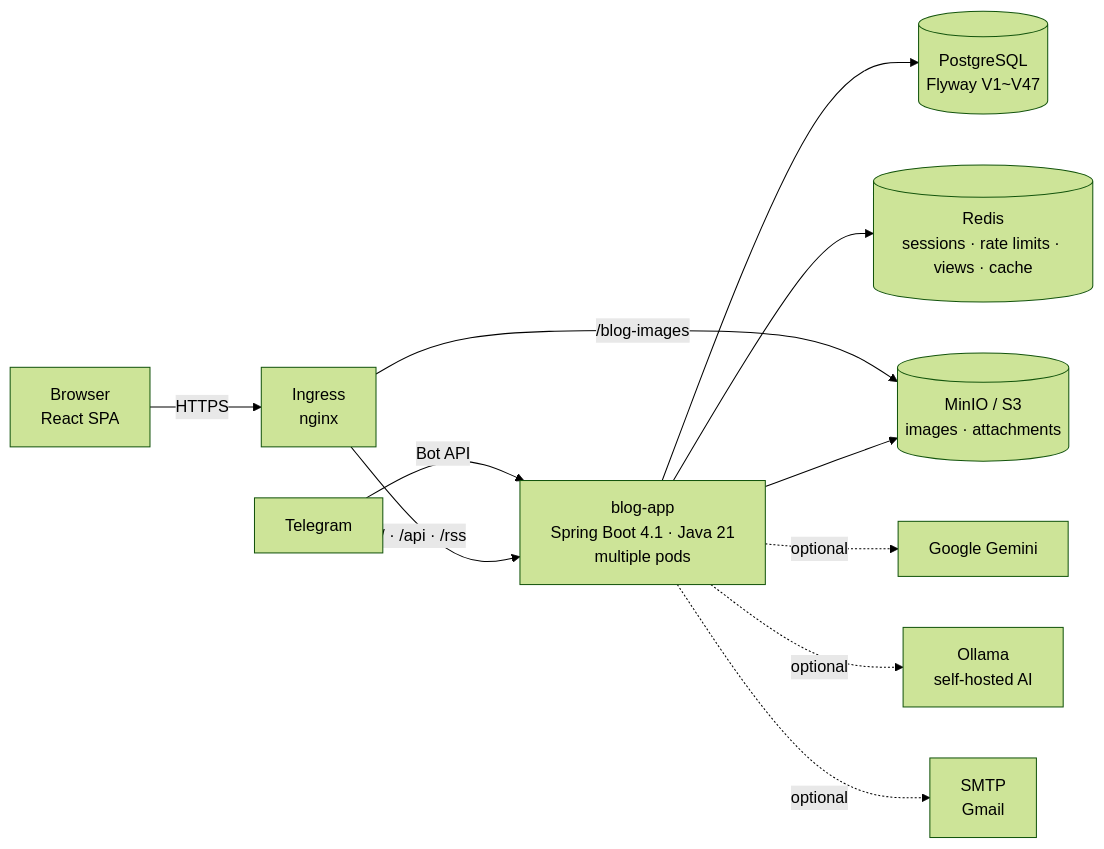
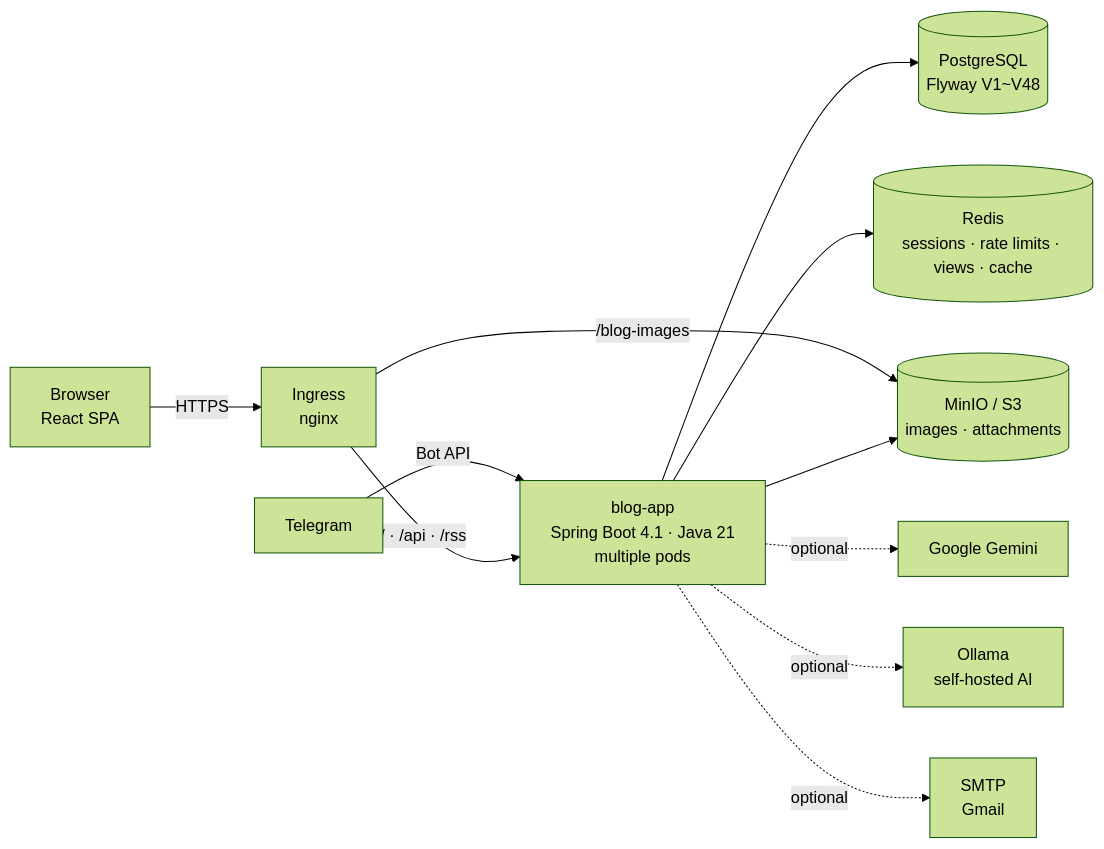
One commit to AIGJ-01-002-blog/devlog changed the first of 3 diagrams in README.en.md. Above: the diagram before and after it, drawn with Mermaid (forest theme). The commit also changed other lines of this file and 3 other files, not shown here.

````diff
--- a/README.en.md
+++ b/README.en.md
@@ -160,13 +160,13 @@
 ```mermaid
 flowchart LR
     B[Browser<br/>React SPA] -->|HTTPS| I[Ingress<br/>nginx]
     T[Telegram] -->|Bot API| A
     I -->|/ · /api · /rss| A[blog-app<br/>Spring Boot 4.1 · Java 21<br/>multiple pods]
     I -->|/blog-images| M[(MinIO / S3<br/>images · attachments)]
-    A --> P[(PostgreSQL<br/>Flyway V1~V47)]
+    A --> P[(PostgreSQL<br/>Flyway V1~V48)]
     A --> R[(Redis<br/>sessions · rate limits · views · cache)]
     A --> M
     A -.optional.-> G[Google Gemini]
     A -.optional.-> O[Ollama<br/>self-hosted AI]
     A -.optional.-> S[SMTP<br/>Gmail]
 ```
````
